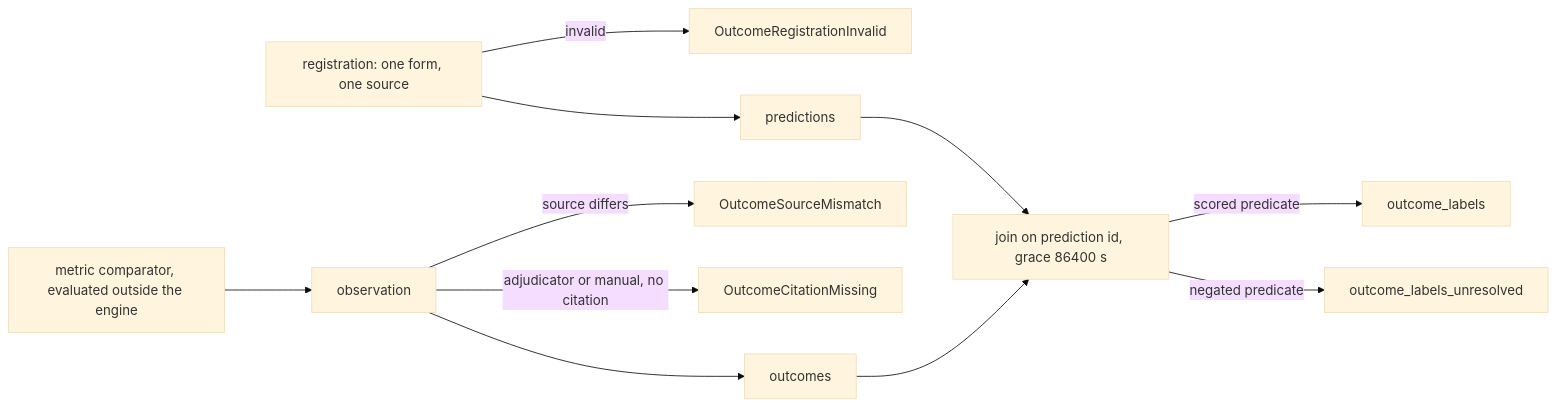
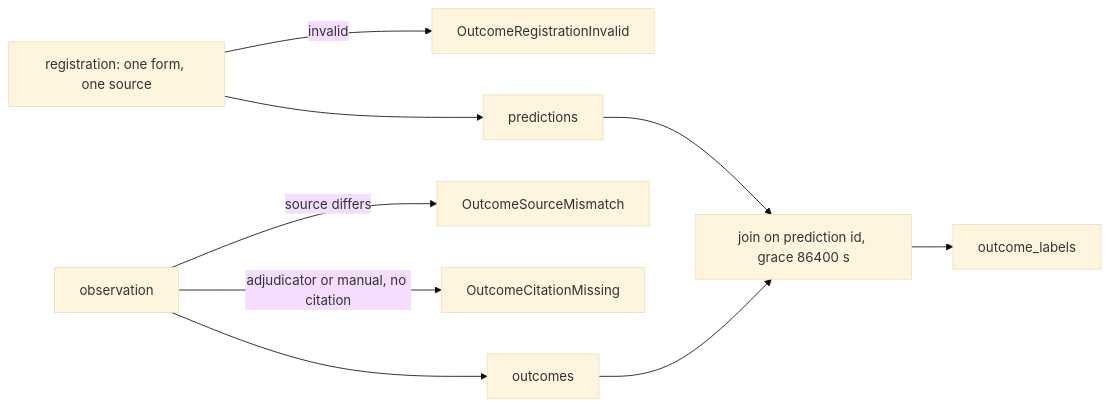
The fourth of 4 diagrams in spec/21-memory.md (fractalboxdev/contextful), drawn with Mermaid (base theme) before and after one commit. The commit also changed other lines of this file and 7 other files, not shown here.

````diff
--- a/spec/21-memory.md
+++ b/spec/21-memory.md
@@ -147,13 +125,11 @@
 ```mermaid
 flowchart LR
   REG["registration: one form, one source"] -- "invalid" --> E1["OutcomeRegistrationInvalid"]
   REG --> P["predictions"]
-  CMP["metric comparator, evaluated outside the engine"] --> OBS
   OBS["observation"] -- "source differs" --> E2["OutcomeSourceMismatch"]
   OBS -- "adjudicator or manual, no citation" --> E3["OutcomeCitationMissing"]
   OBS --> O["outcomes"]
   P --> J["join on prediction id, grace 86400 s"]
   O --> J
-  J -- "scored predicate" --> L["outcome_labels"]
-  J -- "negated predicate" --> U["outcome_labels_unresolved"]
+  J --> L["outcome_labels"]
 ```
````
